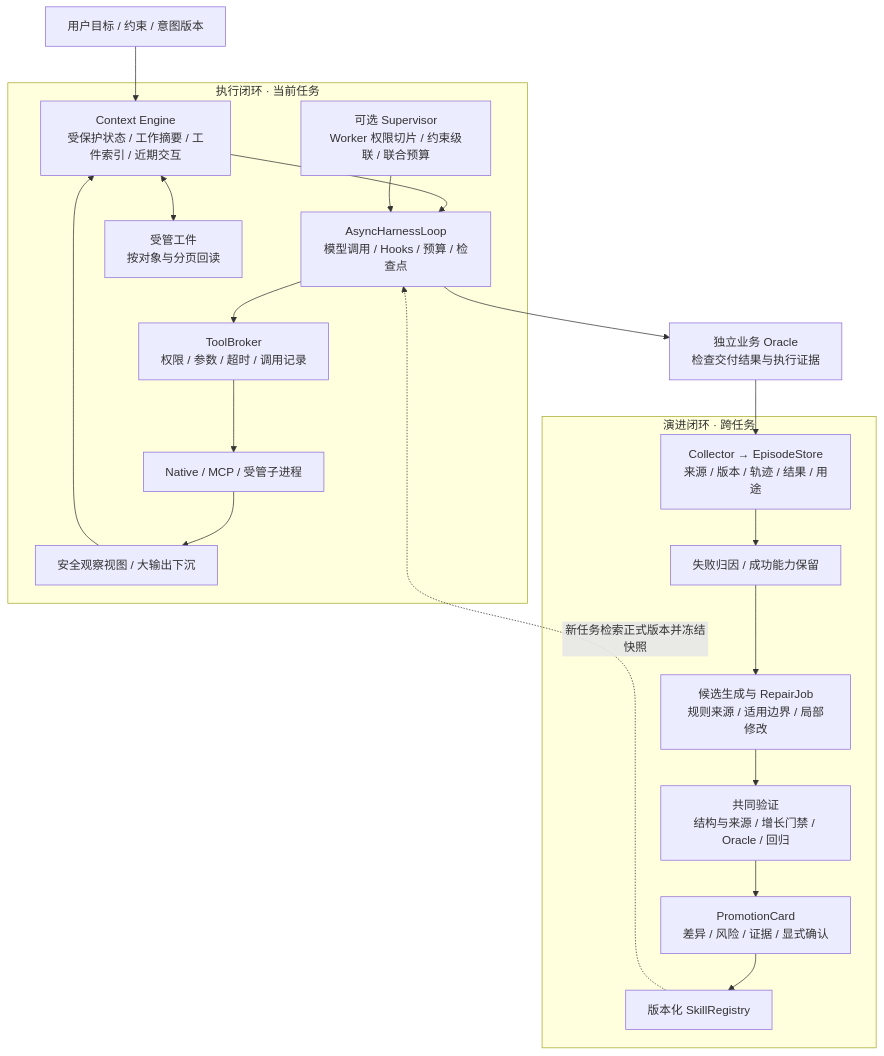
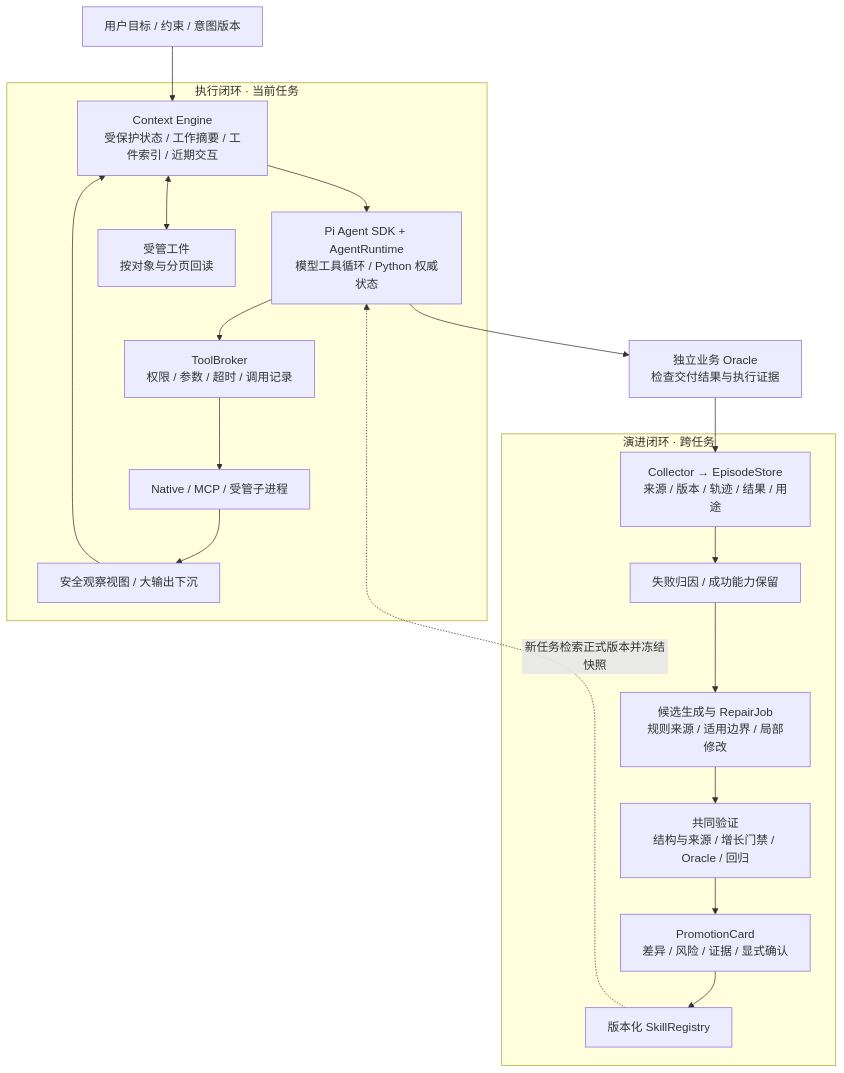
Before and after one commit to SuperGODOG/skillforge: the diagram in README.md, drawn with Mermaid. The commit also changed other lines of this file and 50 other files, not shown here.

First line of the commit message:
feat(pi): integrate official Pi execution engine with runtime, context compression, evaluation, and supervisor

````diff
--- a/README.md
+++ b/README.md
@@ -65,27 +66,26 @@
 ```mermaid
 flowchart TB
     Task["用户目标 / 约束 / 意图版本"] --> Context
 
     subgraph Harness["执行闭环 · 当前任务"]
-        Context["Context Engine<br/>受保护状态 / 工作摘要 / 工件索引 / 近期交互"] --> Loop["AsyncHarnessLoop<br/>模型调用 / Hooks / 预算 / 检查点"]
+        Context["Context Engine<br/>受保护状态 / 工作摘要 / 工件索引 / 近期交互"] --> Loop["Pi Agent SDK + AgentRuntime<br/>模型工具循环 / Python 权威状态"]
         Loop --> Broker["ToolBroker<br/>权限 / 参数 / 超时 / 调用记录"]
         Broker --> Tools["Native / MCP / 受管子进程"]
         Tools --> View["安全观察视图 / 大输出下沉"]
         View --> Context
         Context <--> Artifacts["受管工件<br/>按对象与分页回读"]
-        Supervisor["可选 Supervisor<br/>Worker 权限切片 / 约束级联 / 联合预算"] --> Loop
     end
 
     Loop --> Oracle["独立业务 Oracle<br/>检查交付结果与执行证据"]
     Oracle --> Episode["Collector → EpisodeStore<br/>来源 / 版本 / 轨迹 / 结果 / 用途"]
 
     subgraph Evolution["演进闭环 · 跨任务"]
         Episode --> Attribution["失败归因 / 成功能力保留"]
         Attribution --> Candidate["候选生成与 RepairJob<br/>规则来源 / 适用边界 / 局部修改"]
         Candidate --> Validation["共同验证<br/>结构与来源 / 增长门禁 / Oracle / 回归"]
         Validation --> Approval["PromotionCard<br/>差异 / 风险 / 证据 / 显式确认"]
         Approval --> Registry["版本化 SkillRegistry"]
     end
 
     Registry -.->|"新任务检索正式版本并冻结快照"| Loop
 ```
````
